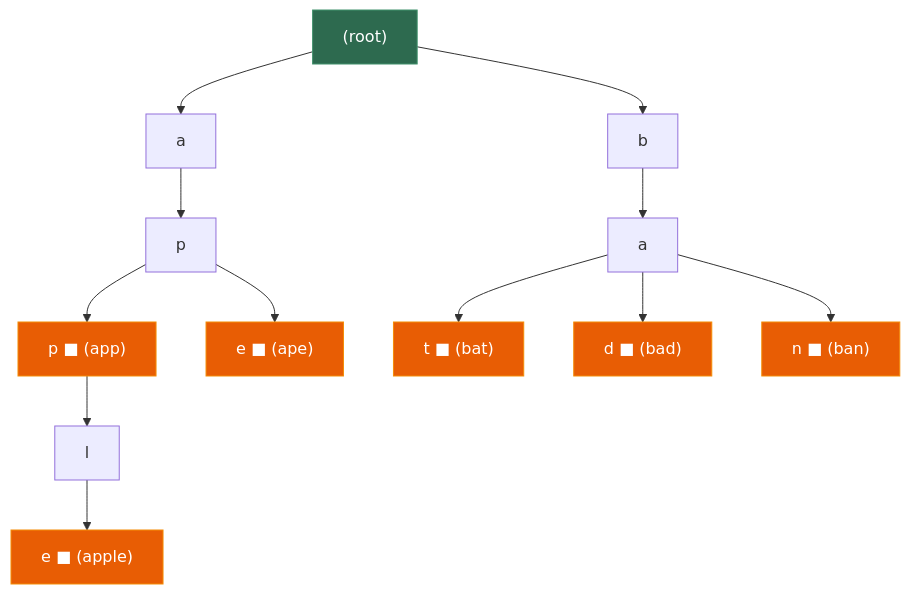
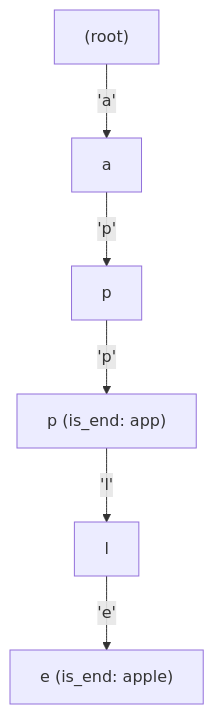
One commit to Lumivers/firefly changed the diagram in src/content/posts/data_structure/08_trie.md. Above: the diagram before and after it, drawn with Mermaid. The commit also changed other lines of this file and 39 other files, not shown here.

````diff
--- a/src/content/posts/data_structure/08_trie.md
+++ b/src/content/posts/data_structure/08_trie.md
@@ -96,22 +39,15 @@
 ```mermaid
 graph TD
-    R["(root)"] --> A["a"]
-    R --> B["b"]
-    A --> P1["p"]
-    P1 --> P2["p ■ (app)"]
-    P1 --> E1["e ■ (ape)"]
-    P2 --> L["l"]
-    L --> E2["e ■ (apple)"]
-    B --> A2["a"]
-    A2 --> T["t ■ (bat)"]
-    A2 --> D["d ■ (bad)"]
-    A2 --> N["n ■ (ban)"]
+    ROOT["(root)"]
+    A["a"]
+    P1["p"]
+    P2["p (is_end: app)"]
+    L["l"]
+    E["e (is_end: apple)"]
 
-    style R fill:#2d6a4f,stroke:#40916c,color:white
-    style P2 fill:#e85d04,stroke:#f48c06,color:white
-    style E1 fill:#e85d04,stroke:#f48c06,color:white
-    style E2 fill:#e85d04,stroke:#f48c06,color:white
-    style T fill:#e85d04,stroke:#f48c06,color:white
-    style D fill:#e85d04,stroke:#f48c06,color:white
-    style N fill:#e85d04,stroke:#f48c06,color:white
+    ROOT -->|'a'| A
+    A -->|'p'| P1
+    P1 -->|'p'| P2
+    P2 -->|'l'| L
+    L -->|'e'| E
 ```
````
